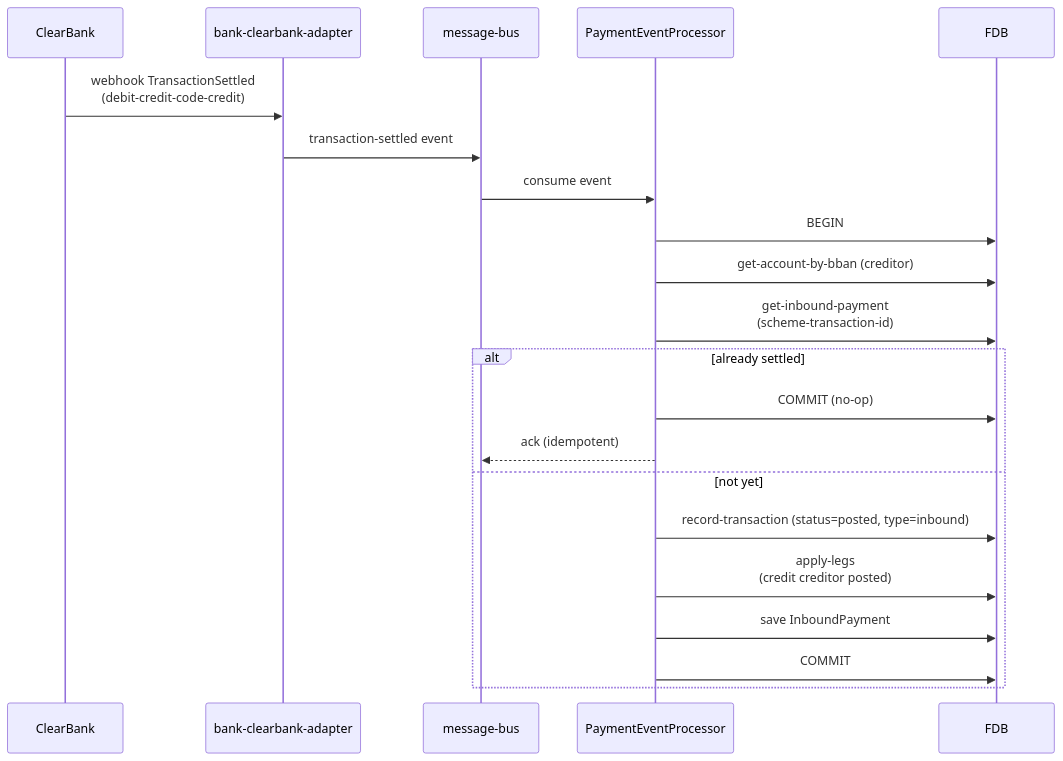
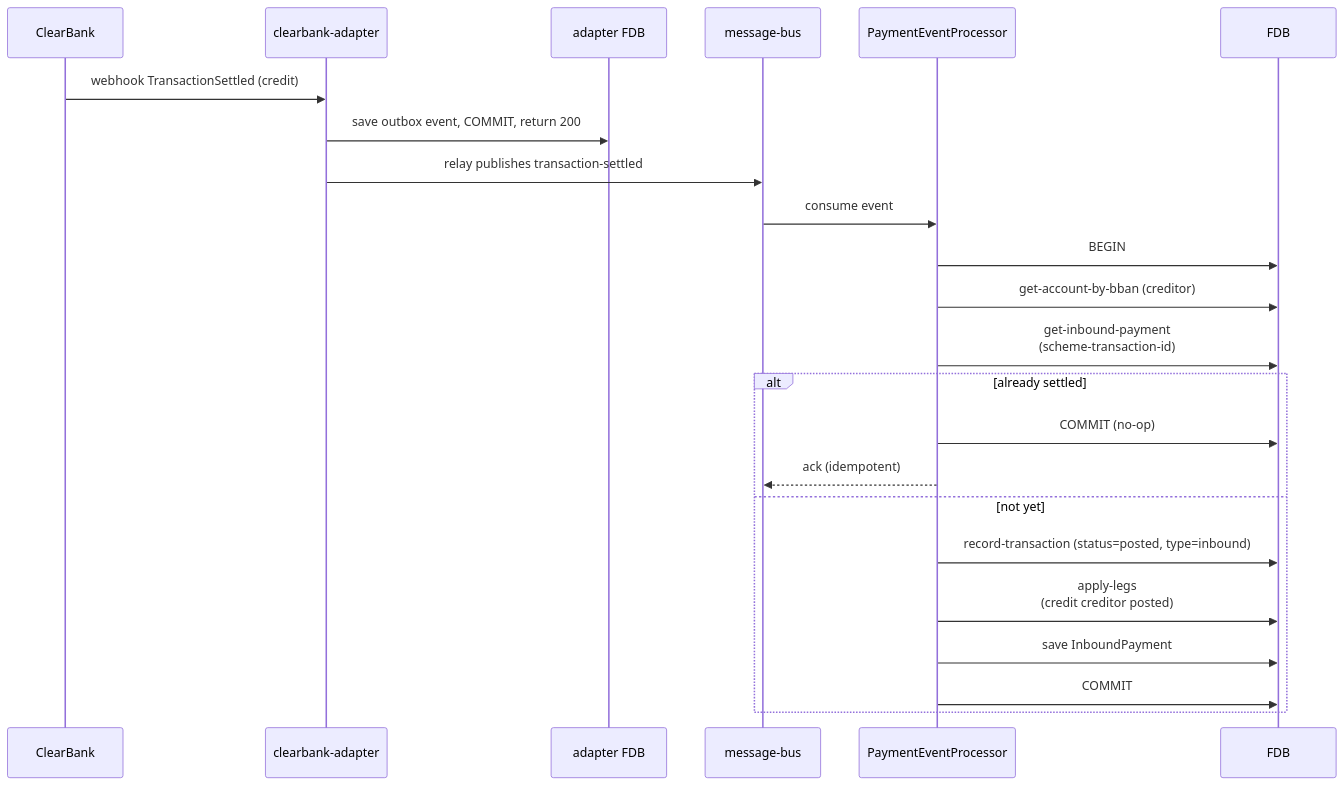
One commit to kjothen/queenswood changed the sixth of 6 diagrams in docs/tdd/payments.md. Above: the diagram before and after it, drawn with Mermaid. The commit also changed other lines of this file and 5 other files, not shown here.

````diff
--- a/docs/tdd/payments.md
+++ b/docs/tdd/payments.md
@@ -308,24 +308,26 @@
 ```mermaid
 sequenceDiagram
     participant C as ClearBank
-    participant A as bank-clearbank-adapter
+    participant A as clearbank-adapter
+    participant AF as adapter FDB
     participant B as message-bus
     participant E as PaymentEventProcessor
     participant F as FDB
 
-    C->>A: webhook TransactionSettled<br/>(debit-credit-code-credit)
-    A->>B: transaction-settled event
+    C->>A: webhook TransactionSettled (credit)
+    A->>AF: save outbox event, COMMIT, return 200
+    A->>B: relay publishes transaction-settled
     B->>E: consume event
     E->>F: BEGIN
     E->>F: get-account-by-bban (creditor)
     E->>F: get-inbound-payment<br/>(scheme-transaction-id)
     alt already settled
         E->>F: COMMIT (no-op)
         E-->>B: ack (idempotent)
     else not yet
         E->>F: record-transaction (status=posted, type=inbound)
         E->>F: apply-legs<br/>(credit creditor posted)
         E->>F: save InboundPayment
         E->>F: COMMIT
     end
 ```
````
